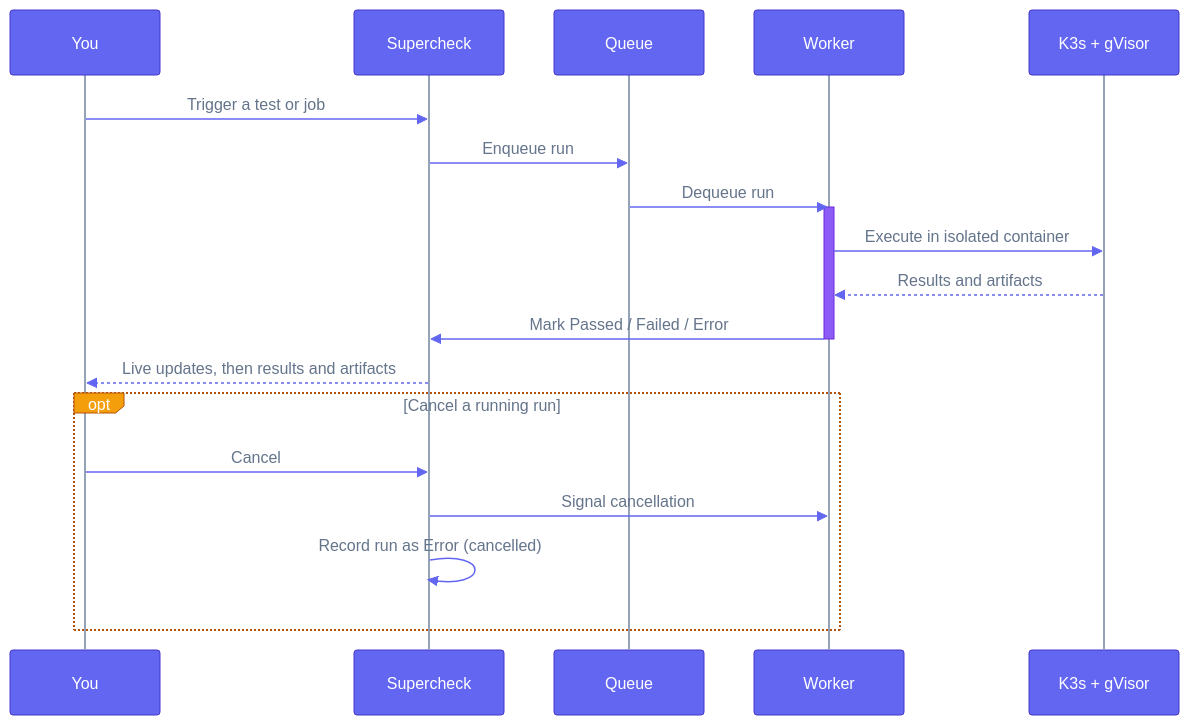
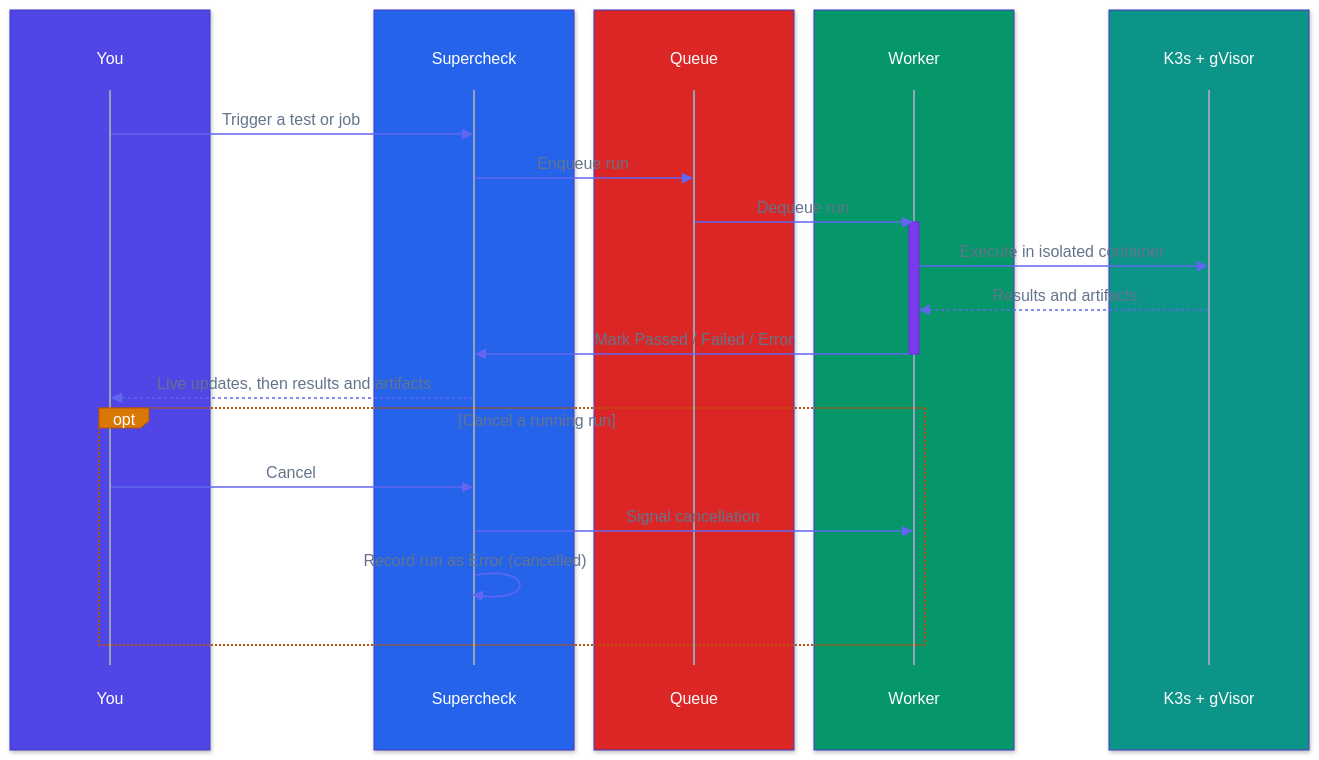
Before and after one commit to supercheck-io/supercheck: the diagram in docs/content/docs/app/automate/runs.mdx, drawn with Mermaid. The commit also changed 14 other files, not shown here.

First line of the commit message:
docs: reorganize architecture diagram and add color to sequence diagrams

````diff
--- a/docs/content/docs/app/automate/runs.mdx
+++ b/docs/content/docs/app/automate/runs.mdx
@@ -22,24 +22,34 @@
 ```mermaid
-%%{init: {"theme":"base","themeVariables":{"fontFamily":"ui-sans-serif, system-ui, -apple-system, Segoe UI, Roboto, sans-serif","primaryColor":"#6366f1","primaryTextColor":"#ffffff","primaryBorderColor":"#4338ca","lineColor":"#94a3b8","actorBkg":"#6366f1","actorBorder":"#4338ca","actorTextColor":"#ffffff","actorLineColor":"#94a3b8","signalColor":"#6366f1","signalTextColor":"#64748b","labelBoxBkgColor":"#f59e0b","labelBoxBorderColor":"#b45309","labelTextColor":"#ffffff","loopTextColor":"#64748b","activationBkgColor":"#8b5cf6","activationBorderColor":"#6d28d9","noteBkgColor":"#f59e0b","noteBorderColor":"#b45309","noteTextColor":"#ffffff","textColor":"#64748b","mainBkg":"#ffffff"}}}%%
+%%{init: {"theme":"base","themeVariables":{"fontFamily":"ui-sans-serif, system-ui, -apple-system, Segoe UI, Roboto, sans-serif","primaryColor":"#6366f1","primaryTextColor":"#ffffff","primaryBorderColor":"#4338ca","lineColor":"#94a3b8","actorBkg":"transparent","actorBorder":"transparent","actorTextColor":"#ffffff","actorLineColor":"#94a3b8","signalColor":"#6366f1","signalTextColor":"#64748b","labelBoxBkgColor":"#d97706","labelBoxBorderColor":"#b45309","labelTextColor":"#ffffff","loopTextColor":"#64748b","activationBkgColor":"#7c3aed","activationBorderColor":"#6d28d9","noteBkgColor":"#d97706","noteBorderColor":"#b45309","noteTextColor":"#ffffff","textColor":"#64748b","mainBkg":"#ffffff"}}}%%
 sequenceDiagram
-    participant You
-    participant App as Supercheck
-    participant Queue as Queue
-    participant Worker
-    participant Sandbox as K3s + gVisor
+    box rgb(79,70,229)
+        participant You
+    end
+    box rgb(37,99,235)
+        participant App as Supercheck
+    end
+    box rgb(220,38,38)
+        participant Queue as Queue
+    end
+    box rgb(5,150,105)
+        participant Worker
+    end
+    box rgb(13,148,136)
+        participant Sandbox as K3s + gVisor
+    end
 
     You->>App: Trigger a test or job
     App->>Queue: Enqueue run
     Queue->>Worker: Dequeue run
     activate Worker
     Worker->>Sandbox: Execute in isolated container
     Sandbox-->>Worker: Results and artifacts
     Worker->>App: Mark Passed / Failed / Error
     deactivate Worker
     App-->>You: Live updates, then results and artifacts
     opt Cancel a running run
         You->>App: Cancel
         App->>Worker: Signal cancellation
         App->>App: Record run as Error (cancelled)
     end
 ```
````
